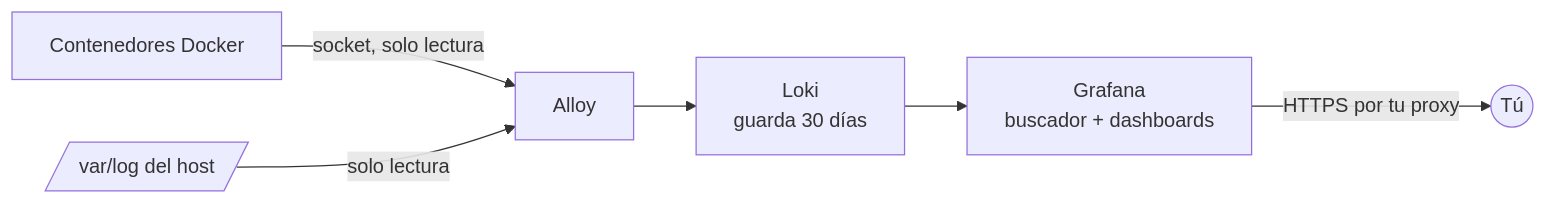
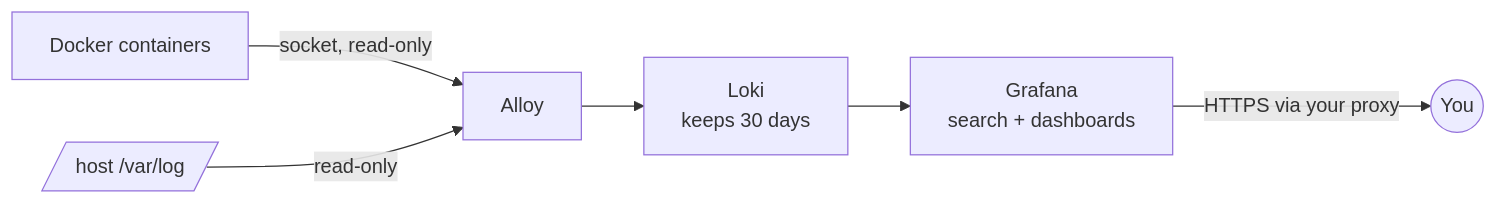
One commit to RosaritoRD/logs-centralizados changed the diagram in README.md. Above: the diagram before and after it, drawn with Mermaid. The commit also changed other lines of this file and 4 other files, not shown here.

````diff
--- a/README.md
+++ b/README.md
@@ -25,8 +26,8 @@
 ```mermaid
 flowchart LR
-    D[Contenedores Docker] -->|socket, solo lectura| A[Alloy]
-    H[/var/log del host/] -->|solo lectura| A
-    A --> L[Loki<br/>guarda 30 días]
-    L --> G[Grafana<br/>buscador + dashboards]
-    G -->|HTTPS por tu proxy| T((Tú))
+    D[Docker containers] -->|socket, read-only| A[Alloy]
+    H[/host /var/log/] -->|read-only| A
+    A --> L[Loki<br/>keeps 30 days]
+    L --> G[Grafana<br/>search + dashboards]
+    G -->|HTTPS via your proxy| T((You))
 ```
````
